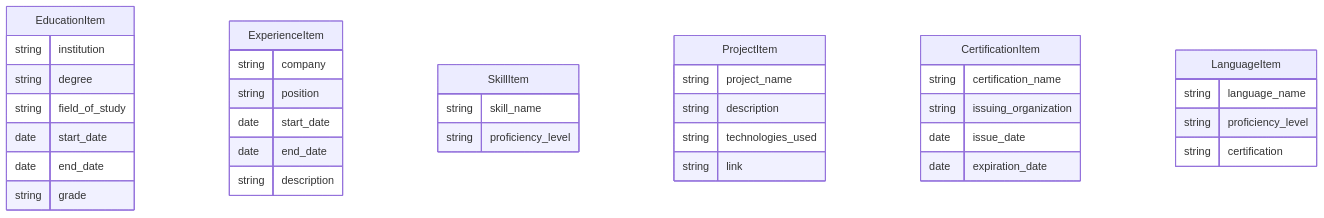
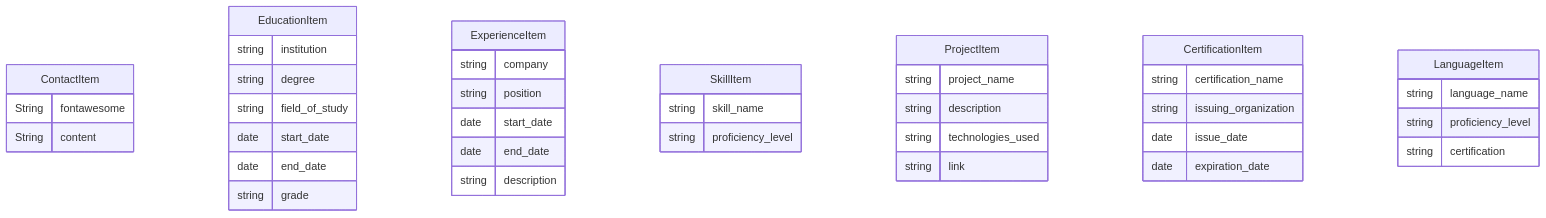
The second of 2 diagrams in doc/model.md (Guillaumecoi/Resume-builder), drawn with Mermaid before and after one commit. The commit also changed other lines of this file and 11 other files, not shown here.

````diff
--- a/doc/model.md
+++ b/doc/model.md
@@ -45,46 +37,50 @@
 ```mermaid
 erDiagram
     
+    ContactItem {
+        String fontawesome
+        String content    
+    }
 
     EducationItem {
         string institution
         string degree
         string field_of_study
         date start_date
         date end_date
         string grade
     }
 
     ExperienceItem {
         string company
         string position
         date start_date
         date end_date
         string description
     }
 
     SkillItem {
         string skill_name
         string proficiency_level
     }
 
     ProjectItem {
         string project_name
         string description
         string technologies_used
         string link
     }
 
     CertificationItem {
         string certification_name
         string issuing_organization
         date issue_date
         date expiration_date
     }
 
     LanguageItem {
         string language_name
         string proficiency_level
         string certification
     }
 ```
````
